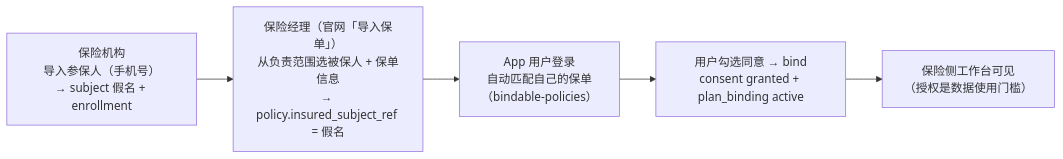
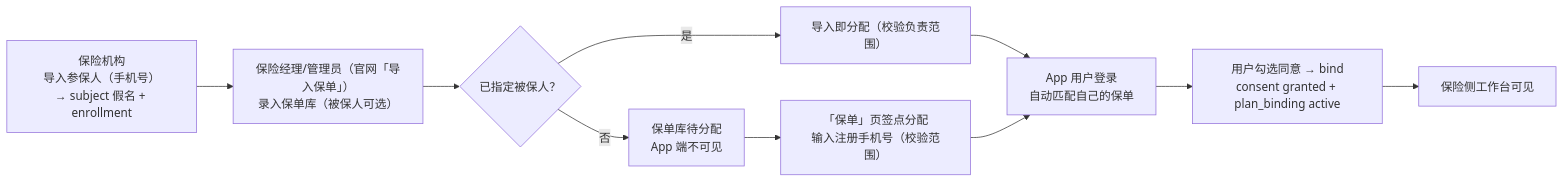
The first of 8 diagrams in docs/保险侧保单创建与派发流程.md (wjmlong/rehealth_tongbu), drawn with Mermaid before and after one commit. The commit also changed other lines of this file and 11 other files, not shown here.

````diff
--- a/docs/保险侧保单创建与派发流程.md
+++ b/docs/保险侧保单创建与派发流程.md
@@ -23,7 +24,12 @@
 ```mermaid
 flowchart LR
-    A["保险机构<br>导入参保人（手机号）<br>→ subject 假名 + enrollment"] --> B["保险经理（官网「导入保单」）<br>从负责范围选被保人 + 保单信息<br>→ policy.insured_subject_ref = 假名"]
-    B --> C["App 用户登录<br>自动匹配自己的保单<br>（bindable-policies）"]
-    C --> D["用户勾选同意 → bind<br>consent granted + plan_binding active"]
-    D --> E["保险侧工作台可见<br>（授权是数据使用门槛）"]
+    A["保险机构<br>导入参保人（手机号）<br>→ subject 假名 + enrollment"] --> B["保险经理/管理员（官网「导入保单」）<br>录入保单库（被保人可选）"]
+    B --> C{"已指定被保人？"}
+    C -- 是 --> D["导入即分配（校验负责范围）"]
+    C -- 否 --> E["保单库待分配<br>App 端不可见"]
+    E --> F["「保单」页签点分配<br>输入注册手机号（校验范围）"]
+    D --> G["App 用户登录<br>自动匹配自己的保单"]
+    F --> G
+    G --> H["用户勾选同意 → bind<br>consent granted + plan_binding active"]
+    H --> I["保险侧工作台可见"]
 ```
````
